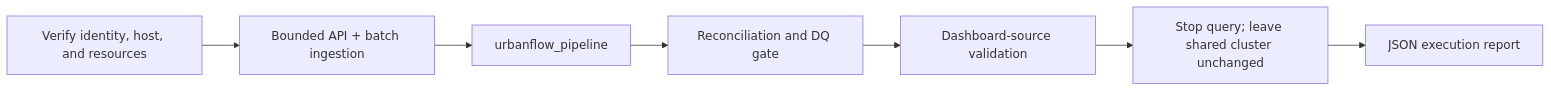
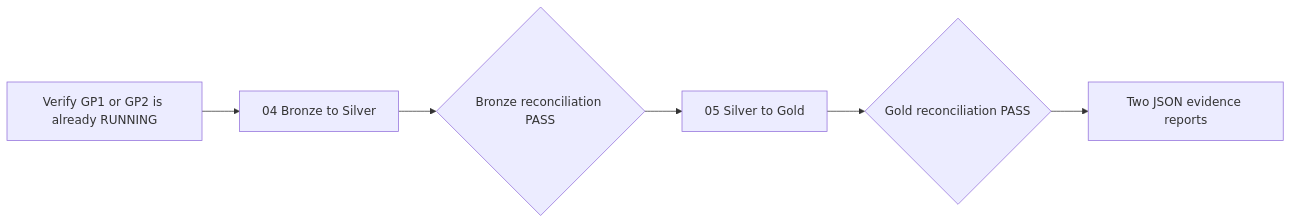
Before and after one commit to BadalovP/Databricks-Academy-Lakehouse: the fifth of 5 diagrams in Demos/Demo3/README.md, drawn with Mermaid. The commit also changed other lines of this file and 26 other files, not shown here.

First line of the commit message:
feat(demo3): physical Bronze to Silver to Gold, Auto Loader and SCD (#39)

````diff
--- a/Demos/Demo3/README.md
+++ b/Demos/Demo3/README.md
@@ -179,9 +180,8 @@
 ```mermaid
 flowchart LR
-    PREFLIGHT["Verify identity, host, and resources"] --> INGEST["Bounded API + batch ingestion"]
-    INGEST --> PIPE["urbanflow_pipeline"]
-    PIPE --> RECON["Reconciliation and DQ gate"]
-    RECON --> VALIDATE["Dashboard-source validation"]
-    VALIDATE --> CLEANUP["Stop query; leave shared cluster unchanged"]
-    CLEANUP --> REPORT["JSON execution report"]
+    PREFLIGHT["Verify GP1 or GP2 is already RUNNING"] --> S["04 Bronze to Silver"]
+    S --> SCHECK{"Bronze reconciliation PASS"}
+    SCHECK --> G["05 Silver to Gold"]
+    G --> GCHECK{"Gold reconciliation PASS"}
+    GCHECK --> REPORT["Two JSON evidence reports"]
 ```
````
